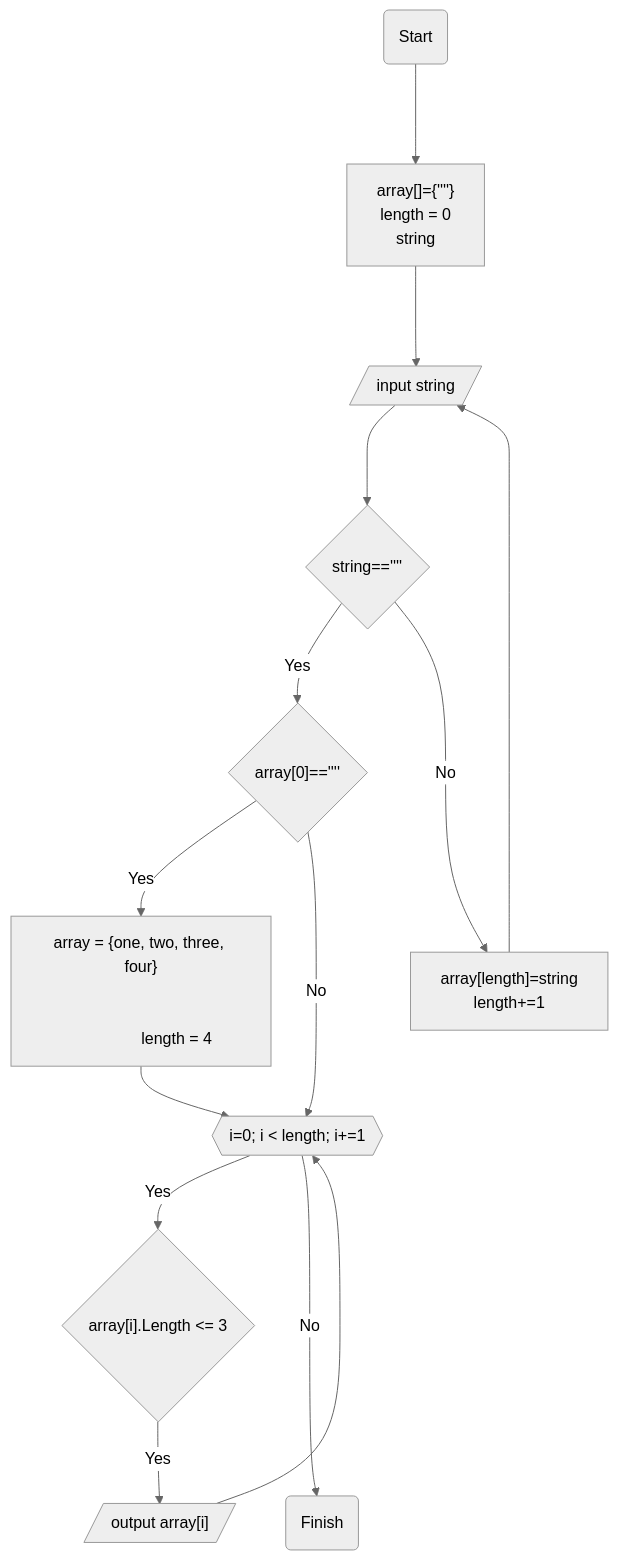
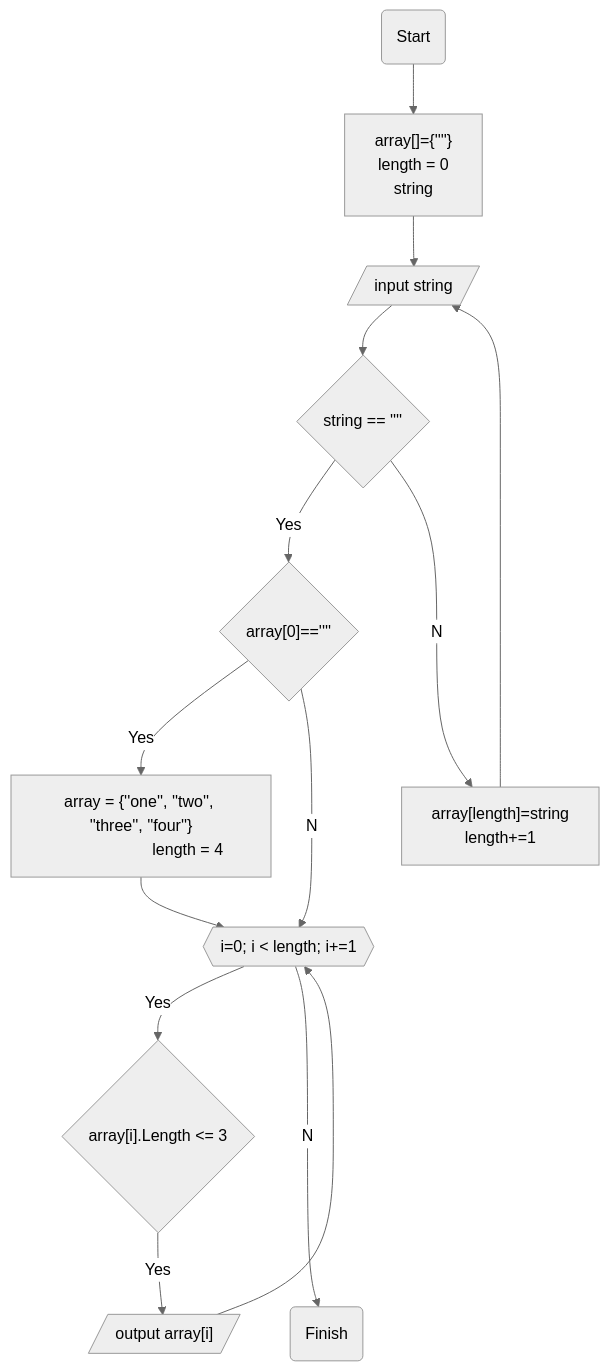
One commit to Raigis/CW12.12.23 changed the diagram in flowchart.md. Above: the diagram before and after it, drawn with Mermaid (neutral theme).

````diff
--- a/flowchart.md
+++ b/flowchart.md
@@ -1,12 +1,20 @@
-::: mermaid
-flowchart TB
-1(Start)--->2["array[]={''''}
+``` mermaid
+graph TD;
+1(Start)-->2["array[]={''''}
               length = 0
-              string"]--->3[/"input string"/]--->4{"string==''''"}--Yes-->5{"array[0]==''''"}--Yes-->6["array = {one, two, three, four}
-                                                                                                        length = 4"]
-4--Noo-->7["array[length]=string
-           length+=1"]--->3
-5--Noo-->8{{i=0; i < length; i+=1}}--Yes-->9{"array[i].Length <= 3"}--Yes-->10[/"output array[i]"/]--->8
-6-->8
-8--Noo-->11(Finish)
-:::
+              string"];
+2-->3[/input string/];
+3-->4{"string == ''''"};
+4--Yes-->5{"array[0]==''''"};
+5--Yes-->6["array = {''one'', ''two'', ''three'', ''four''}
+                     length = 4"];
+4--No-->7["array[length]=string
+           length+=1"];
+7-->3;
+5--No-->8{{"i=0; i < length; i+=1"}};
+8--Yes-->9{"array[i].Length <= 3"};
+9--Yes-->10[/"output array[i]"/];
+10-->8;
+6-->8;
+8--No-->11(Finish);
+```
````
